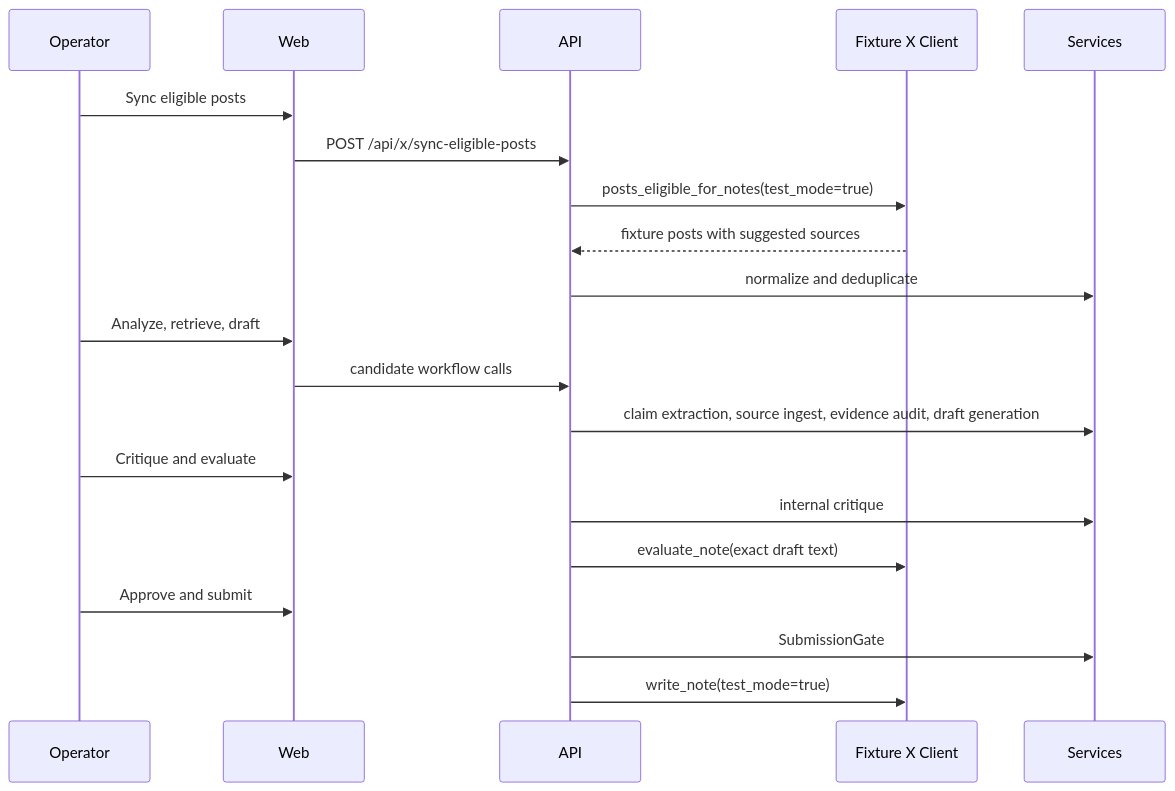
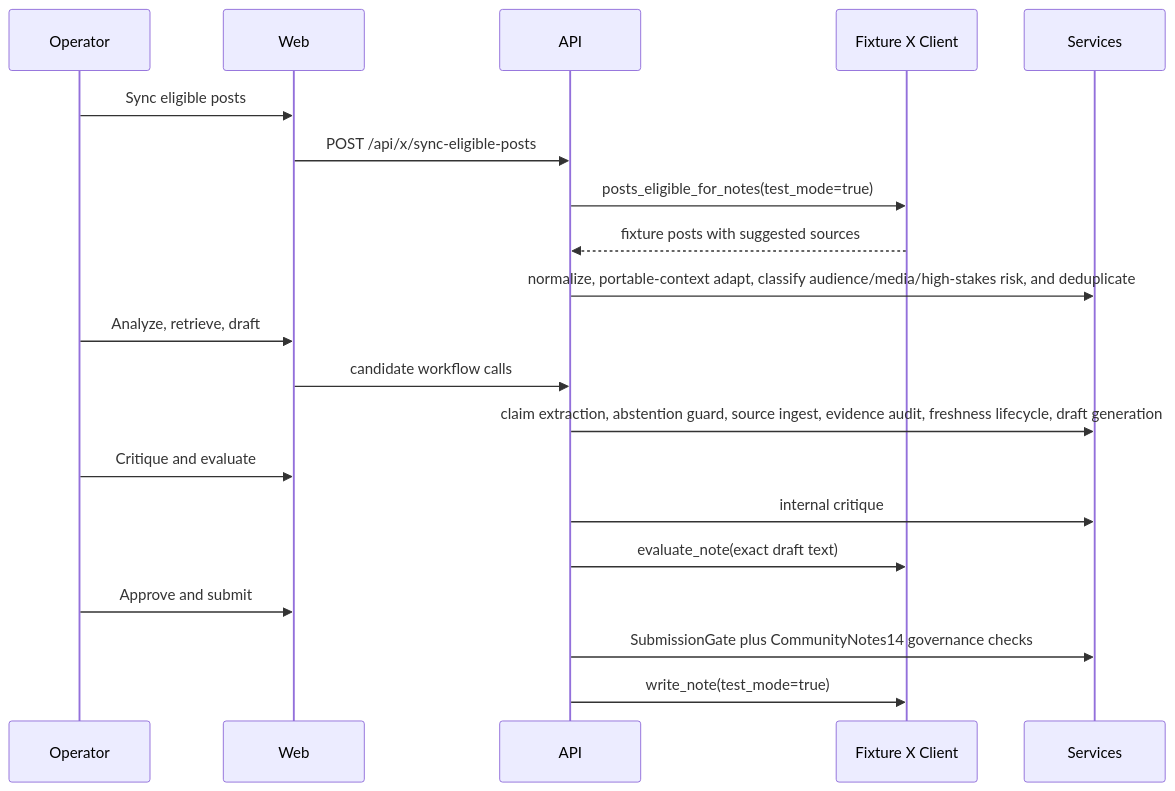
One commit to ghuser29384/Community-Notes-Copilot changed the diagram in docs/ARCHITECTURE.md. Above: the diagram before and after it, drawn with Mermaid. The commit also changed other lines of this file and 19 other files, not shown here.

Commit message:
Add CommunityNotes14 governance controls

````diff
--- a/docs/ARCHITECTURE.md
+++ b/docs/ARCHITECTURE.md
@@ -15,23 +15,23 @@
 ```mermaid
 sequenceDiagram
   participant Operator
   participant Web
   participant API
   participant XFixture as Fixture X Client
   participant Services
 
   Operator->>Web: Sync eligible posts
   Web->>API: POST /api/x/sync-eligible-posts
   API->>XFixture: posts_eligible_for_notes(test_mode=true)
   XFixture-->>API: fixture posts with suggested sources
-  API->>Services: normalize and deduplicate
+  API->>Services: normalize, portable-context adapt, classify audience/media/high-stakes risk, and deduplicate
   Operator->>Web: Analyze, retrieve, draft
   Web->>API: candidate workflow calls
-  API->>Services: claim extraction, source ingest, evidence audit, draft generation
+  API->>Services: claim extraction, abstention guard, source ingest, evidence audit, freshness lifecycle, draft generation
   Operator->>Web: Critique and evaluate
   API->>Services: internal critique
   API->>XFixture: evaluate_note(exact draft text)
   Operator->>Web: Approve and submit
-  API->>Services: SubmissionGate
+  API->>Services: SubmissionGate plus CommunityNotes14 governance checks
   API->>XFixture: write_note(test_mode=true)
 ```
````
